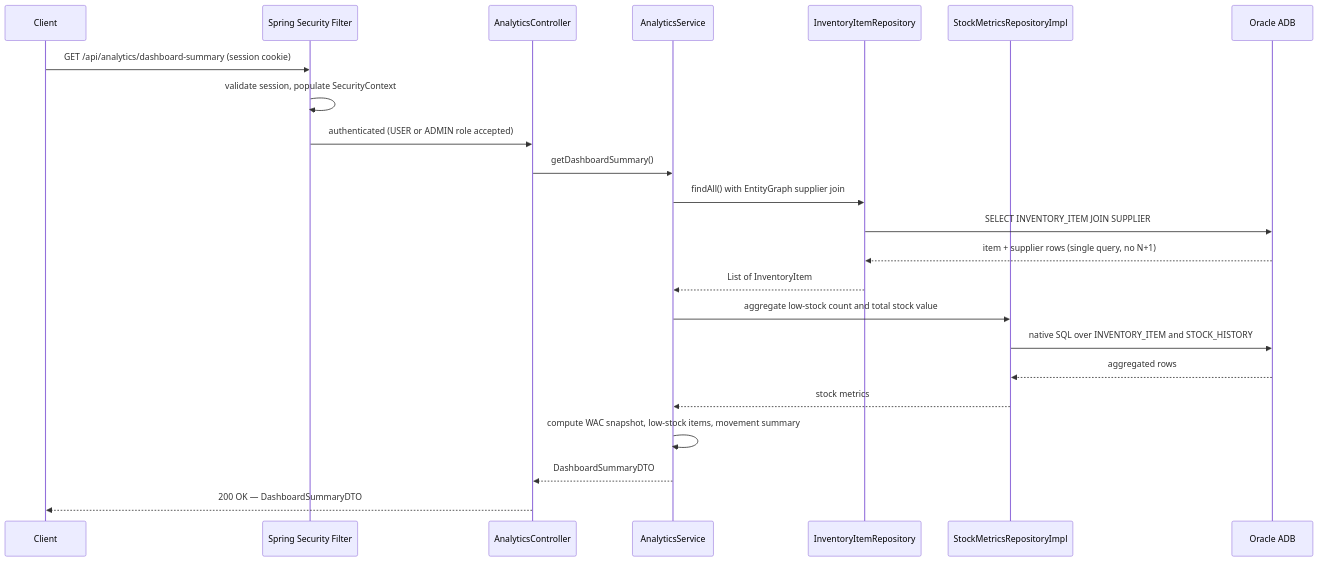
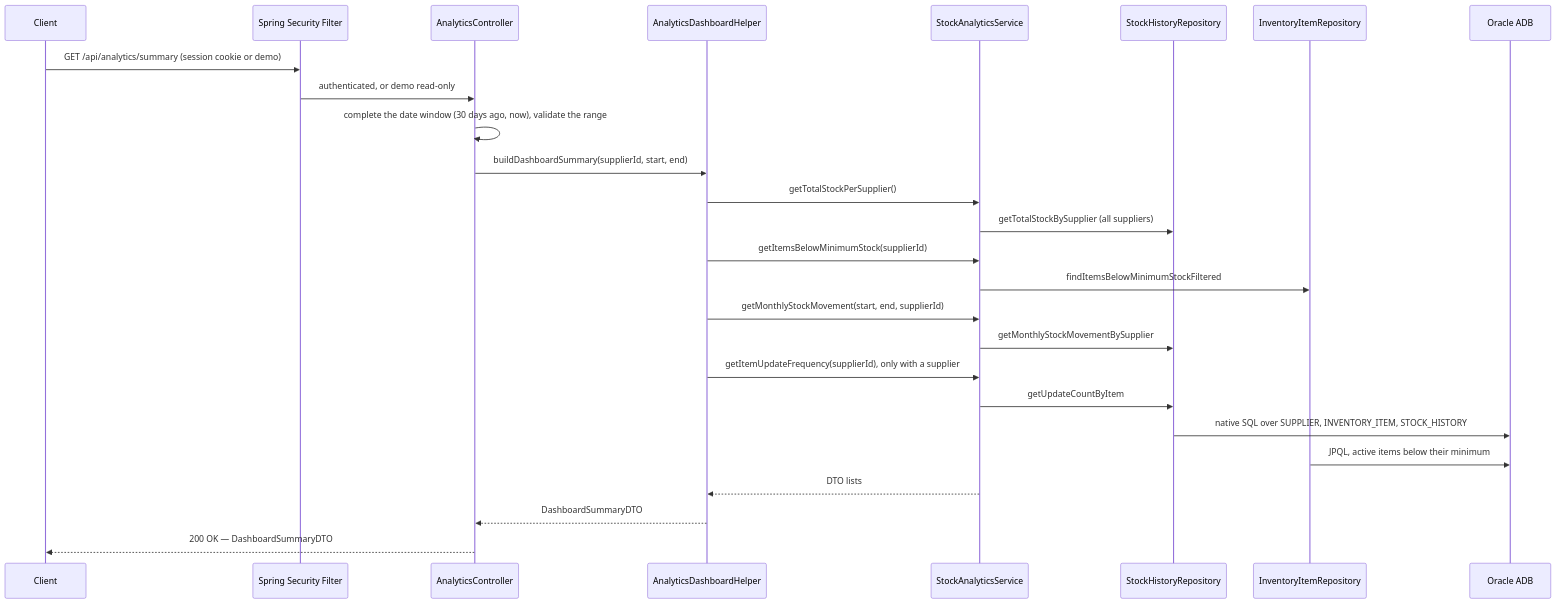
One commit to Keglev/inventory-service changed the fourth of 5 diagrams in docs/backend/architecture/06-runtime.md. Above: the diagram before and after it, drawn with Mermaid. The commit also changed other lines of this file and 12 other files, not shown here.

First line of the commit message:
chore(backend): delete the unused AnalyticsService facade (F2 A) (#369)

````diff
--- a/docs/backend/architecture/06-runtime.md
+++ b/docs/backend/architecture/06-runtime.md
@@ -173,31 +178,32 @@
 ```mermaid
 %%{init: {"sequence": {"useMaxWidth": false}}}%%
 sequenceDiagram
     participant Client
     participant SF as Spring Security Filter
     participant AC as AnalyticsController
-    participant AS as AnalyticsService
+    participant DH as AnalyticsDashboardHelper
+    participant SAS as StockAnalyticsService
+    participant SHR as StockHistoryRepository
     participant IR as InventoryItemRepository
-    participant SMR as StockMetricsRepositoryImpl
     participant DB as Oracle ADB
 
-    Client->>SF: GET /api/analytics/dashboard-summary (session cookie)
-    SF->>SF: validate session, populate SecurityContext
-    SF->>AC: authenticated (USER or ADMIN role accepted)
+    Client->>SF: GET /api/analytics/summary (session cookie or demo)
+    SF->>AC: authenticated, or demo read-only
+    AC->>AC: complete the date window (30 days ago, now), validate the range
+    AC->>DH: buildDashboardSummary(supplierId, start, end)
 
-    AC->>AS: getDashboardSummary()
+    DH->>SAS: getTotalStockPerSupplier()
+    SAS->>SHR: getTotalStockBySupplier (all suppliers)
+    DH->>SAS: getItemsBelowMinimumStock(supplierId)
+    SAS->>IR: findItemsBelowMinimumStockFiltered
+    DH->>SAS: getMonthlyStockMovement(start, end, supplierId)
+    SAS->>SHR: getMonthlyStockMovementBySupplier
+    DH->>SAS: getItemUpdateFrequency(supplierId), only with a supplier
+    SAS->>SHR: getUpdateCountByItem
+    SHR->>DB: native SQL over SUPPLIER, INVENTORY_ITEM, STOCK_HISTORY
+    IR->>DB: JPQL, active items below their minimum
 
-    AS->>IR: findAll() with EntityGraph supplier join
-    IR->>DB: SELECT INVENTORY_ITEM JOIN SUPPLIER
-    DB-->>IR: item + supplier rows (single query, no N+1)
-    IR-->>AS: List of InventoryItem
-
-    AS->>SMR: aggregate low-stock count and total stock value
-    SMR->>DB: native SQL over INVENTORY_ITEM and STOCK_HISTORY
-    DB-->>SMR: aggregated rows
-    SMR-->>AS: stock metrics
-
-    AS->>AS: compute WAC snapshot, low-stock items, movement summary
-    AS-->>AC: DashboardSummaryDTO
+    SAS-->>DH: DTO lists
+    DH-->>AC: DashboardSummaryDTO
     AC-->>Client: 200 OK — DashboardSummaryDTO
 ```
````
